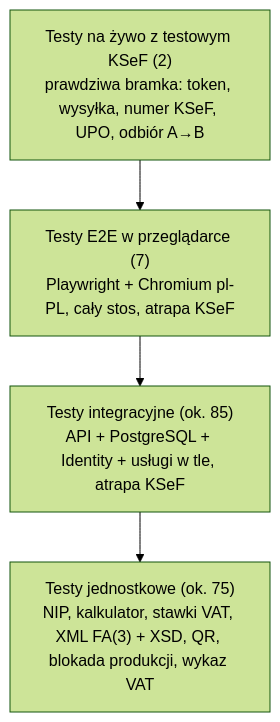
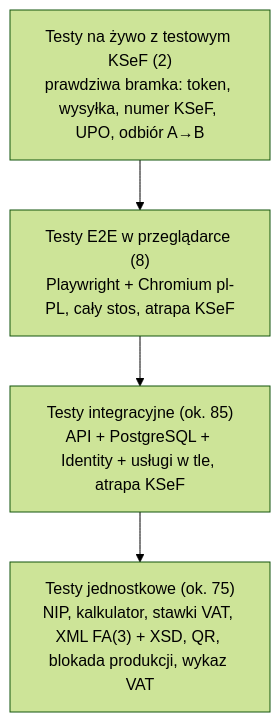
One commit to Kacper-Murawski/Fakturowanie-KSeF changed the diagram in docs/testy.md. Above: the diagram before and after it, drawn with Mermaid (forest theme). The commit also changed other lines of this file and 8 other files, not shown here.

````diff
--- a/docs/testy.md
+++ b/docs/testy.md
@@ -9,8 +9,8 @@
 ```mermaid
 flowchart TB
     L["Testy na żywo z testowym KSeF (2)<br/>prawdziwa bramka: token, wysyłka, numer KSeF, UPO, odbiór A→B"]
-    E["Testy E2E w przeglądarce (7)<br/>Playwright + Chromium pl-PL, cały stos, atrapa KSeF"]
+    E["Testy E2E w przeglądarce (8)<br/>Playwright + Chromium pl-PL, cały stos, atrapa KSeF"]
     I["Testy integracyjne (ok. 85)<br/>API + PostgreSQL + Identity + usługi w tle, atrapa KSeF"]
     U["Testy jednostkowe (ok. 75)<br/>NIP, kalkulator, stawki VAT, XML FA(3) + XSD, QR, blokada produkcji, wykaz VAT"]
     L --> E --> I --> U
 ```
````
